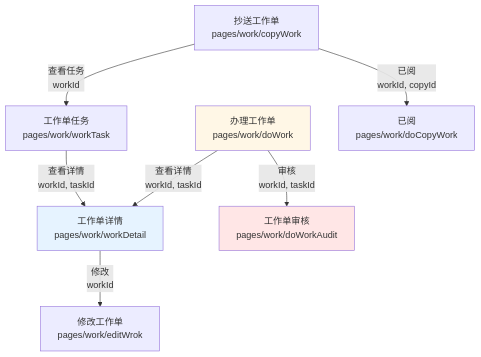
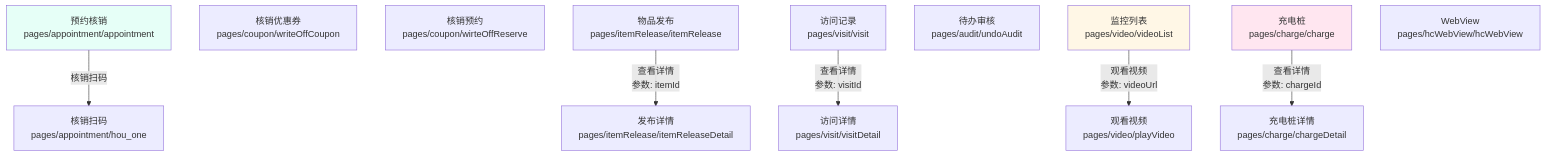
Diagram 19 of 19 in .github/reports/vue2-route-navigation-map.md (nwt-q/001-Smart-Community), drawn with Mermaid before and after one commit. The commit also changed other lines of this file, not shown here.

Commit message:
🐳 chore(root): 重新制作路由关系图标；

````diff
--- a/.github/reports/vue2-route-navigation-map.md
+++ b/.github/reports/vue2-route-navigation-map.md
@@ -292,21 +710,38 @@
 ```mermaid
 graph TB
-    WorkTask["工作单任务<br/>pages/work/workTask"]
-    WorkDetail["工作单详情<br/>pages/work/workDetail"]
-    DoWork["办理工作单<br/>pages/work/doWork"]
-    DoWorkAudit["工作单审核<br/>pages/work/doWorkAudit"]
-    EditWork["修改工作单<br/>pages/work/editWrok"]
-    CopyWork["抄送工作单<br/>pages/work/copyWork"]
-    DoCopyWork["已阅<br/>pages/work/doCopyWork"]
+    %% 其他功能页面
+    Appointment["预约核销<br/>pages/appointment/appointment"]
+    HouOne["核销扫码<br/>pages/appointment/hou_one"]
+    WriteOffCoupon["核销优惠券<br/>pages/coupon/writeOffCoupon"]
+    WirteOffReserve["核销预约<br/>pages/coupon/wirteOffReserve"]
+    ItemRelease["物品发布<br/>pages/itemRelease/itemRelease"]
+    ItemReleaseDetail["发布详情<br/>pages/itemRelease/itemReleaseDetail"]
+    Visit["访问记录<br/>pages/visit/visit"]
+    VisitDetail["访问详情<br/>pages/visit/visitDetail"]
+    UndoAudit["待办审核<br/>pages/audit/undoAudit"]
+    VideoList["监控列表<br/>pages/video/videoList"]
+    PlayVideo["观看视频<br/>pages/video/playVideo"]
+    Charge["充电桩<br/>pages/charge/charge"]
+    ChargeDetail["充电桩详情<br/>pages/charge/chargeDetail"]
+    HcWebView["WebView<br/>pages/hcWebView/hcWebView"]
 
-    WorkTask -->|查看详情<br/>workId, taskId| WorkDetail
-    WorkDetail -->|修改<br/>workId| EditWork
-    DoWork -->|查看详情<br/>workId, taskId| WorkDetail
-    DoWork -->|审核<br/>workId, taskId| DoWorkAudit
-    CopyWork -->|查看任务<br/>workId| WorkTask
-    CopyWork -->|已阅<br/>workId, copyId| DoCopyWork
+    %% 预约核销的跳转
+    Appointment -->|核销扫码| HouOne
 
-    style WorkDetail fill:#e6f3ff
-    style DoWork fill:#fff7e6
-    style DoWorkAudit fill:#ffe6e6
+    %% 物品发布的跳转
+    ItemRelease -->|查看详情<br/>参数: itemId| ItemReleaseDetail
+
+    %% 访问记录的跳转
+    Visit -->|查看详情<br/>参数: visitId| VisitDetail
+
+    %% 监控的跳转
+    VideoList -->|观看视频<br/>参数: videoUrl| PlayVideo
+
+    %% 充电桩的跳转
+    Charge -->|查看详情<br/>参数: chargeId| ChargeDetail
+
+    %% 样式
+    style Appointment fill:#e6fff7
+    style VideoList fill:#fff7e6
+    style Charge fill:#ffe6f0
 ```
````
